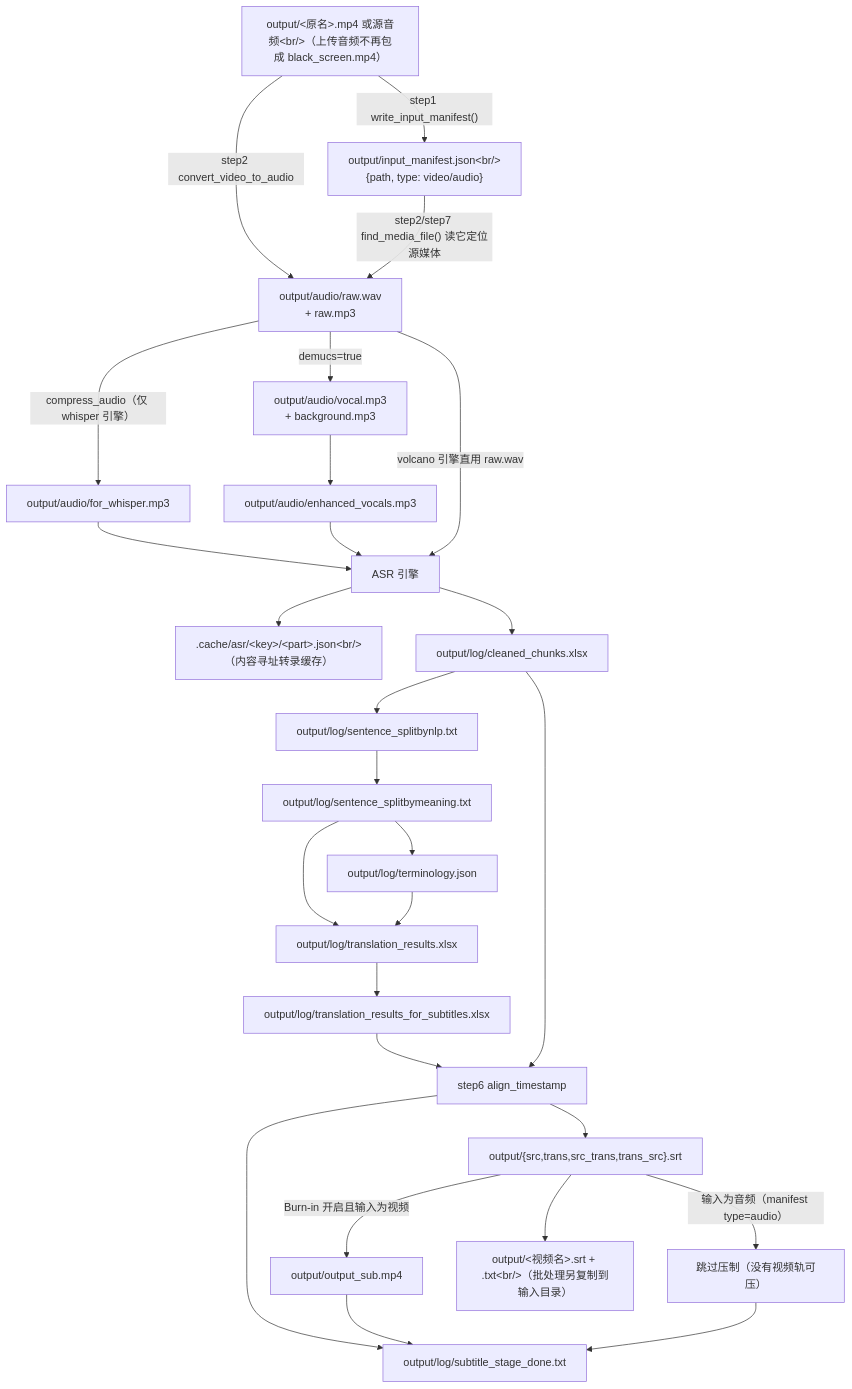
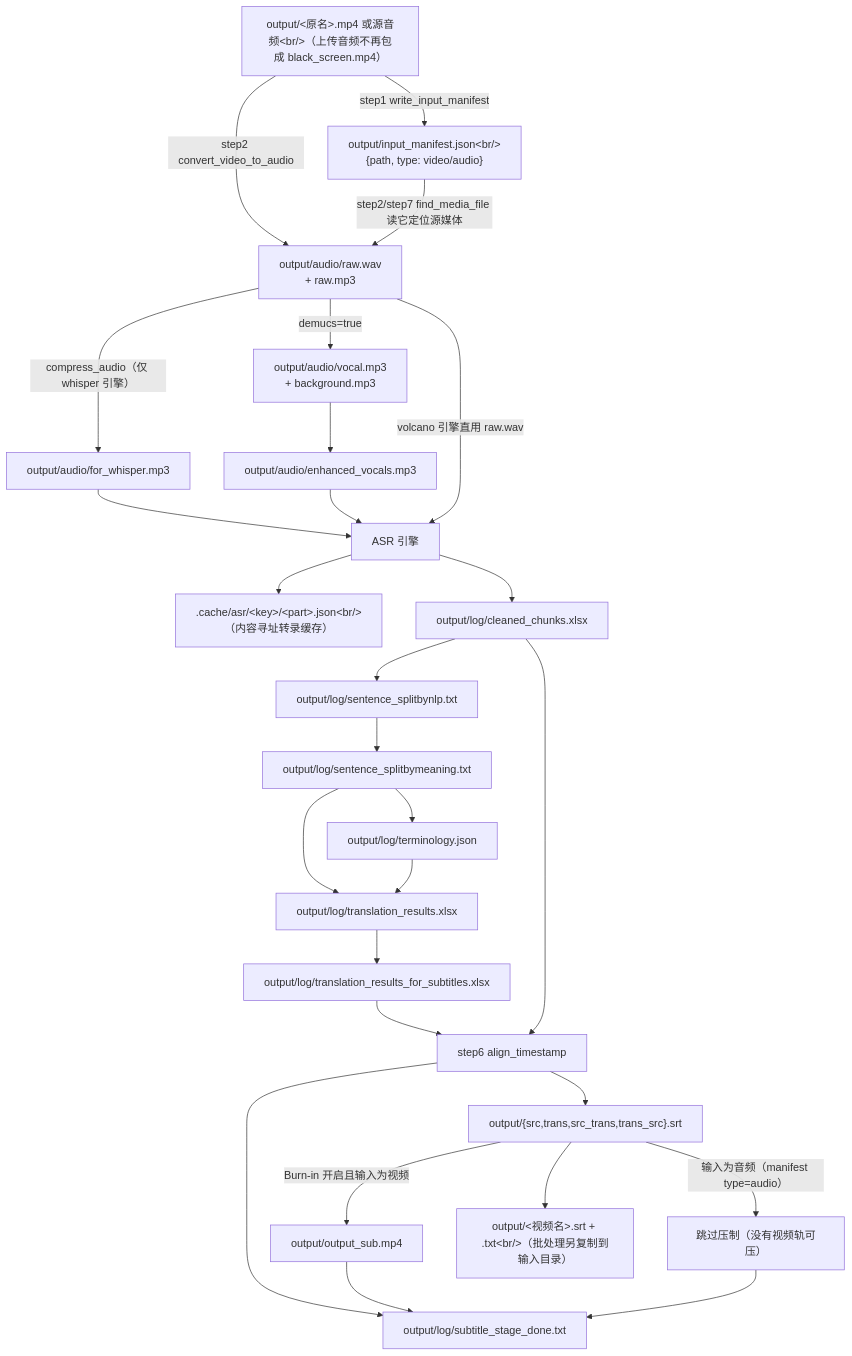
Before and after one commit to Brzjomo/VideoLingoMove: the first of 2 diagrams in devdocs/00-overview/02-数据流与中间产物.md, drawn with Mermaid. The commit also changed other lines of this file and 33 other files, not shown here.

````diff
--- a/devdocs/00-overview/02-数据流与中间产物.md
+++ b/devdocs/00-overview/02-数据流与中间产物.md
@@ -40,29 +40,29 @@
 ```mermaid
 flowchart TD
-    VID["output/&lt;原名&gt;.mp4 或源音频&lt;br/&gt;（上传音频不再包成 black_screen.mp4）"] -->|"step2 convert_video_to_audio"| RAW["output/audio/raw.wav\n+ raw.mp3"]
-    VID -->|"step1 write_input_manifest()"| MAN["output/input_manifest.json&lt;br/&gt;{path, type: video/audio}"]
-    MAN -->|"step2/step7 find_media_file() 读它定位源媒体"| RAW
-    RAW -->|demucs=true| VOC["output/audio/vocal.mp3\n+ background.mp3"]
-    RAW -->|"compress_audio（仅 whisper 引擎）"| FW["output/audio/for_whisper.mp3"]
-    VOC --> ENH["output/audio/enhanced_vocals.mp3"]
-    FW --> ASR["ASR 引擎"]
-    ENH --> ASR
-    RAW -->|"volcano 引擎直用 raw.wav"| ASR
-    ASR --> CACHE[".cache/asr/&lt;key&gt;/&lt;part&gt;.json&lt;br/&gt;（内容寻址转录缓存）"]
-    ASR --> CC["output/log/cleaned_chunks.xlsx"]
-    CC --> NLPTXT["output/log/sentence_splitbynlp.txt"]
-    NLPTXT --> SBM["output/log/sentence_splitbymeaning.txt"]
-    SBM --> TERM["output/log/terminology.json"]
-    SBM --> TR["output/log/translation_results.xlsx"]
-    TERM --> TR
-    TR --> TRS["output/log/translation_results_for_subtitles.xlsx"]
-    TRS --> FMT["step6 align_timestamp"]
-    CC --> FMT
-    FMT --> SRT["output/{src,trans,src_trans,trans_src}.srt"]
-    SRT -->|"Burn-in 开启且输入为视频"| SUBVID["output/output_sub.mp4"]
-    SRT -->|"输入为音频（manifest type=audio）"| SKIP["跳过压制（没有视频轨可压）"]
-    FMT --> MARK["output/log/subtitle_stage_done.txt"]
-    SUBVID --> MARK
-    SKIP --> MARK
-    SRT --> DEF["output/&lt;视频名&gt;.srt + .txt&lt;br/&gt;（批处理另复制到输入目录）"]
+ VID["output/&lt;原名&gt;.mp4 或源音频&lt;br/&gt;（上传音频不再包成 black_screen.mp4）"] -->|"step2 convert_video_to_audio"| RAW["output/audio/raw.wav\n+ raw.mp3"]
+ VID -->|"step1 write_input_manifest"| MAN["output/input_manifest.json&lt;br/&gt;{path, type: video/audio}"]
+ MAN -->|"step2/step7 find_media_file 读它定位源媒体"| RAW
+ RAW -->|demucs=true| VOC["output/audio/vocal.mp3\n+ background.mp3"]
+ RAW -->|"compress_audio（仅 whisper 引擎）"| FW["output/audio/for_whisper.mp3"]
+ VOC --> ENH["output/audio/enhanced_vocals.mp3"]
+ FW --> ASR["ASR 引擎"]
+ ENH --> ASR
+ RAW -->|"volcano 引擎直用 raw.wav"| ASR
+ ASR --> CACHE[".cache/asr/&lt;key&gt;/&lt;part&gt;.json&lt;br/&gt;（内容寻址转录缓存）"]
+ ASR --> CC["output/log/cleaned_chunks.xlsx"]
+ CC --> NLPTXT["output/log/sentence_splitbynlp.txt"]
+ NLPTXT --> SBM["output/log/sentence_splitbymeaning.txt"]
+ SBM --> TERM["output/log/terminology.json"]
+ SBM --> TR["output/log/translation_results.xlsx"]
+ TERM --> TR
+ TR --> TRS["output/log/translation_results_for_subtitles.xlsx"]
+ TRS --> FMT["step6 align_timestamp"]
+ CC --> FMT
+ FMT --> SRT["output/{src,trans,src_trans,trans_src}.srt"]
+ SRT -->|"Burn-in 开启且输入为视频"| SUBVID["output/output_sub.mp4"]
+ SRT -->|"输入为音频（manifest type=audio）"| SKIP["跳过压制（没有视频轨可压）"]
+ FMT --> MARK["output/log/subtitle_stage_done.txt"]
+ SUBVID --> MARK
+ SKIP --> MARK
+ SRT --> DEF["output/&lt;视频名&gt;.srt + .txt&lt;br/&gt;（批处理另复制到输入目录）"]
 ```
````
